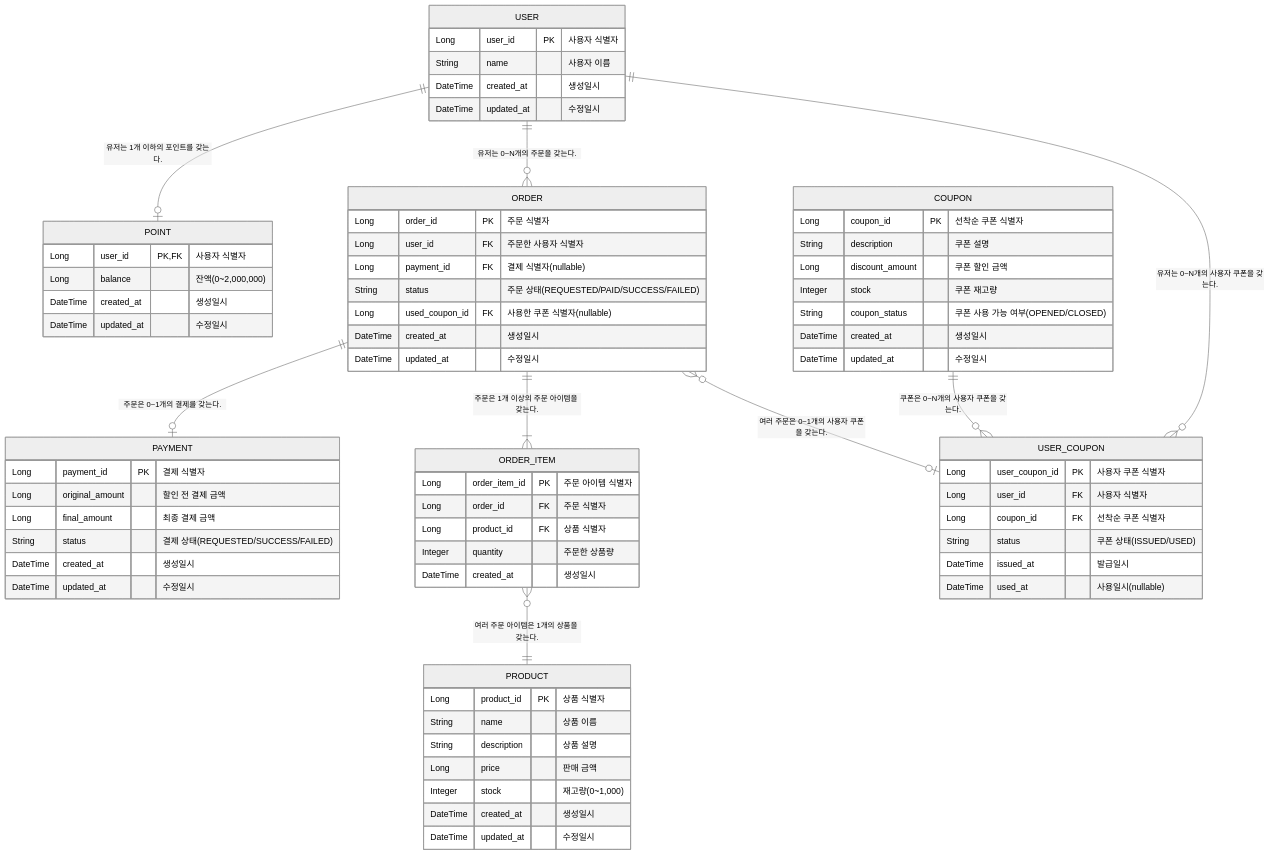
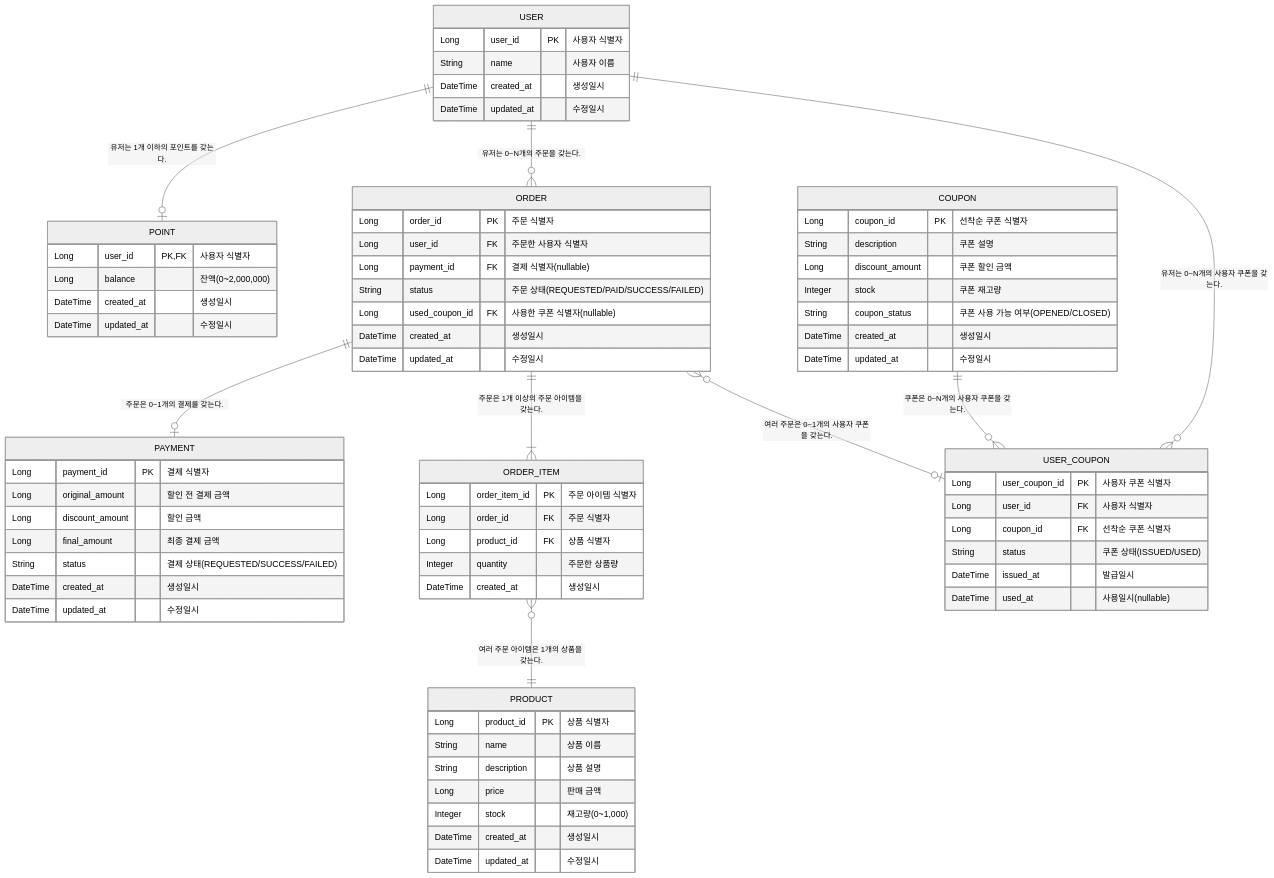
Before and after one commit to lostcatbox/e-commerce-order-service: the diagram in docs/ERD.md, drawn with Mermaid (neutral theme). The commit also changed 1 other file, not shown here.

Commit message:
[docs] Payment 에 discount_amount 필드 추가

```diff
--- a/docs/ERD.md
+++ b/docs/ERD.md
@@ -46,6 +46,7 @@
     PAYMENT {
         Long payment_id PK "결제 식별자"
         Long original_amount "할인 전 결제 금액"
+        Long discount_amount "할인 금액"
         Long final_amount "최종 결제 금액"
         String status "결제 상태(REQUESTED/SUCCESS/FAILED)"
         DateTime created_at "생성일시"
```
